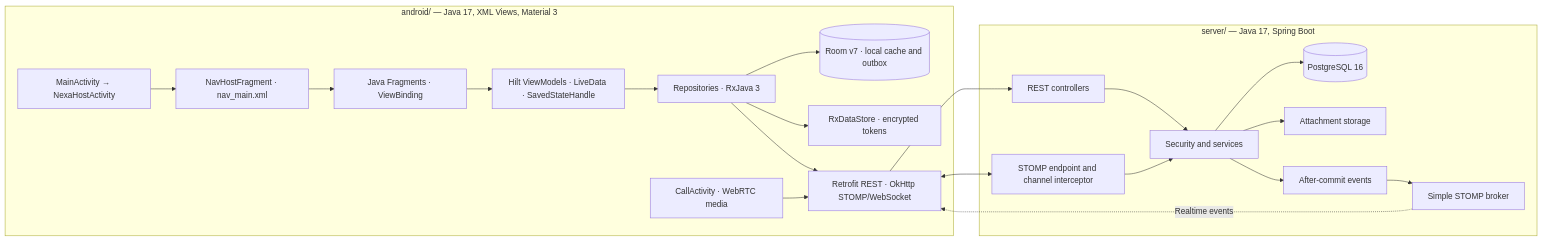
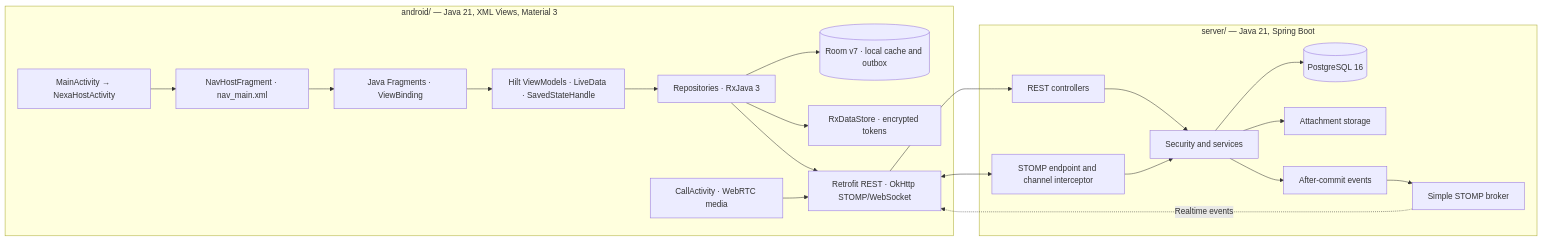
One commit to JasonTM17/Nexachat_AppJ changed the diagram in docs/report.md. Above: the diagram before and after it, drawn with Mermaid. The commit also changed other lines of this file and 25 other files, not shown here.

````diff
--- a/docs/report.md
+++ b/docs/report.md
@@ -77,23 +77,23 @@
 ```mermaid
 flowchart LR
-    subgraph Android["android/ — Java 17, XML Views, Material 3"]
+    subgraph Android["android/ — Java 21, XML Views, Material 3"]
         ACT["MainActivity → NexaHostActivity"] --> NAV["NavHostFragment · nav_main.xml"]
         NAV --> FRAG["Java Fragments · ViewBinding"]
         FRAG --> VM["Hilt ViewModels · LiveData · SavedStateHandle"]
         VM --> REPO["Repositories · RxJava 3"]
         REPO --> ROOM[("Room v7 · local cache and outbox")]
         REPO --> TOKEN["RxDataStore · encrypted tokens"]
         REPO --> NET["Retrofit REST · OkHttp STOMP/WebSocket"]
         CALL["CallActivity · WebRTC media"] --> NET
     end
-    subgraph Server["server/ — Java 17, Spring Boot"]
+    subgraph Server["server/ — Java 21, Spring Boot"]
         REST["REST controllers"] --> AUTH["Security and services"]
         WS["STOMP endpoint and channel interceptor"] --> AUTH
         AUTH --> PG[("PostgreSQL 16")]
         AUTH --> FILES["Attachment storage"]
         AUTH --> EVT["After-commit events"] --> BROKER["Simple STOMP broker"]
     end
     NET --> REST
     NET <--> WS
     BROKER -. "Realtime events" .-> NET
 ```
````
